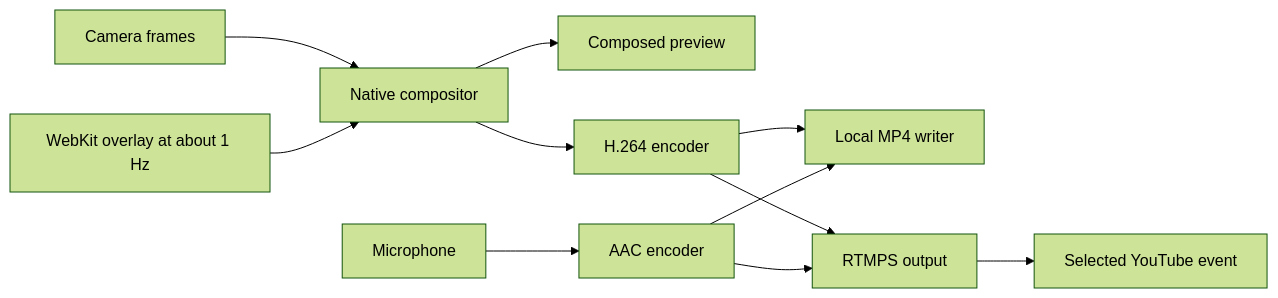
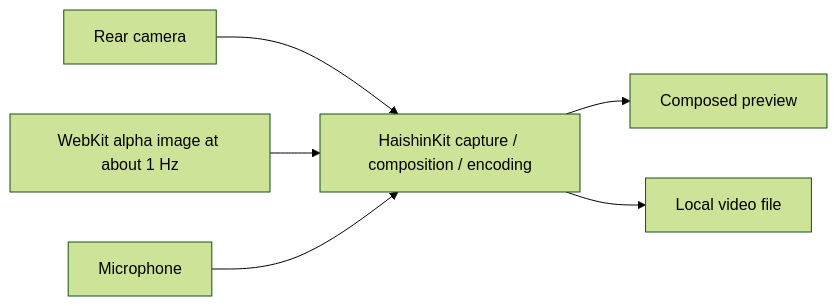
One commit to smith3v/stream14 changed the diagram in docs/2026-11-01-stream14-design.md. Above: the diagram before and after it, drawn with Mermaid (forest theme). The commit also changed other lines of this file and 4 other files, not shown here.

Commit message:
Focus initial MVP on HaishinKit overlay and local recording

````diff
--- a/docs/2026-11-01-stream14-design.md
+++ b/docs/2026-11-01-stream14-design.md
@@ -315,13 +381,8 @@
 ```mermaid
 flowchart LR
-    C[Camera frames] --> M[Native compositor]
-    W[WebKit overlay at about 1 Hz] --> M
-    M --> P[Composed preview]
-    M --> E[H.264 encoder]
-    A[Microphone] --> AE[AAC encoder]
-    E --> F[Local MP4 writer]
-    AE --> F
-    E --> T[RTMPS output]
-    AE --> T
-    T --> Y[Selected YouTube event]
+    C[Rear camera] --> H[HaishinKit capture / composition / encoding]
+    W[WebKit alpha image at about 1 Hz] --> H
+    A[Microphone] --> H
+    H --> P[Composed preview]
+    H --> F[Local video file]
 ```
````
